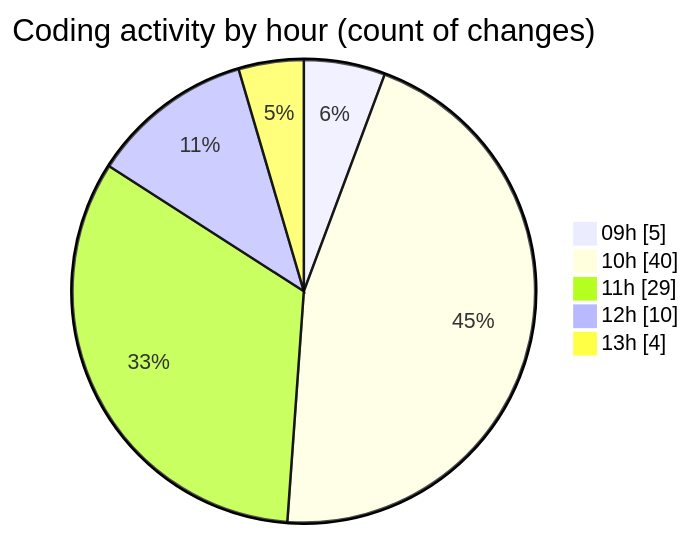
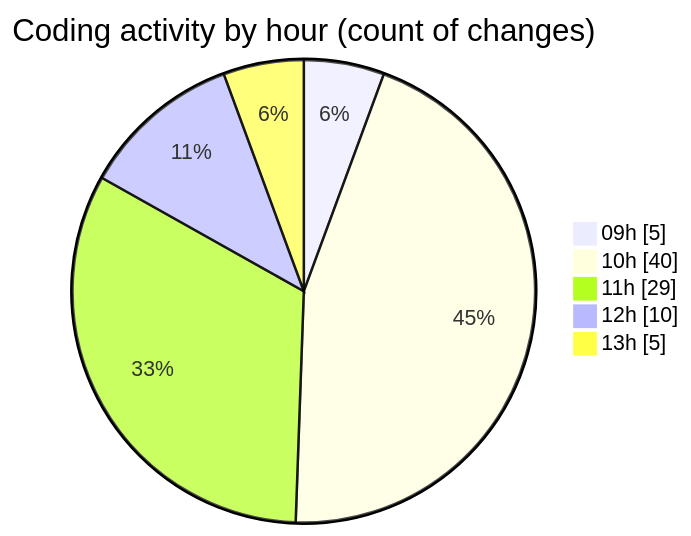
One commit to CELIANVF/code-tracking changed the second of 2 diagrams in 2025-06-02/ecodeli-1/README.md. Above: the diagram before and after it, drawn with Mermaid. The commit also changed other lines of this file and 1 other file, not shown here.

````diff
--- a/2025-06-02/ecodeli-1/README.md
+++ b/2025-06-02/ecodeli-1/README.md
@@ -79,9 +81,9 @@
 ```mermaid
 pie showData
 title Coding activity by hour (count of changes)
 "09h" : 5
 "10h" : 40
 "11h" : 29
 "12h" : 10
-"13h" : 4
+"13h" : 5
 ```
````
